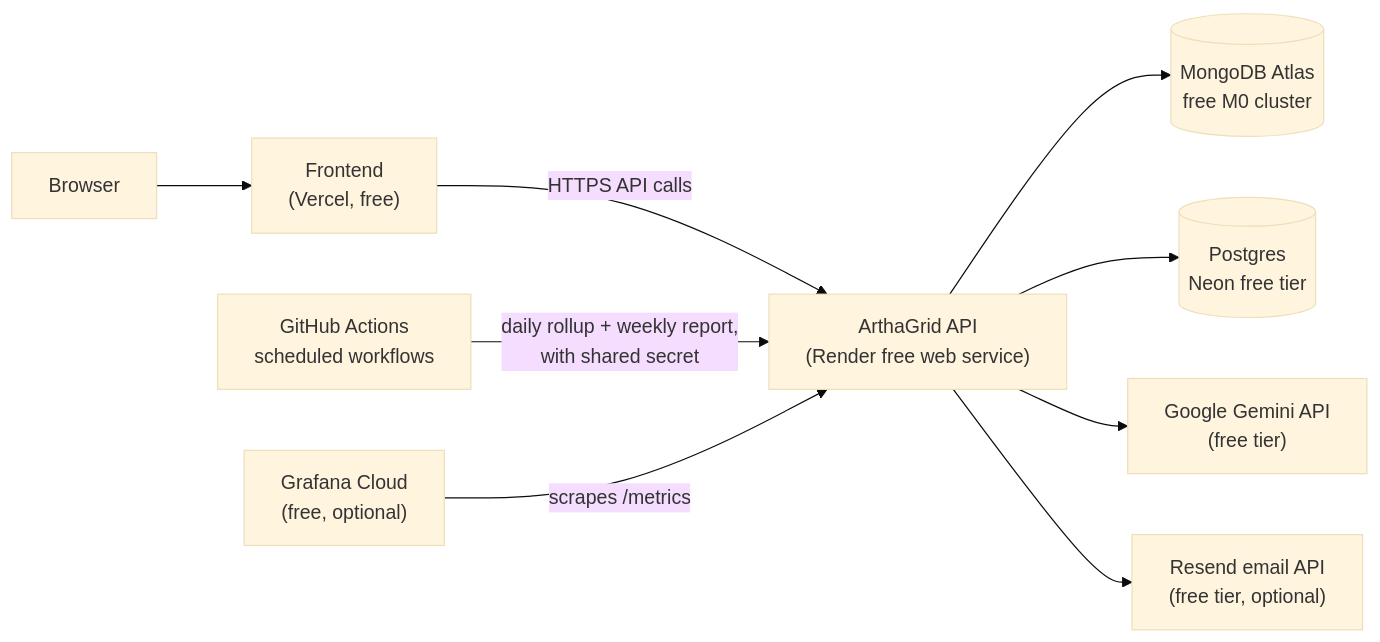
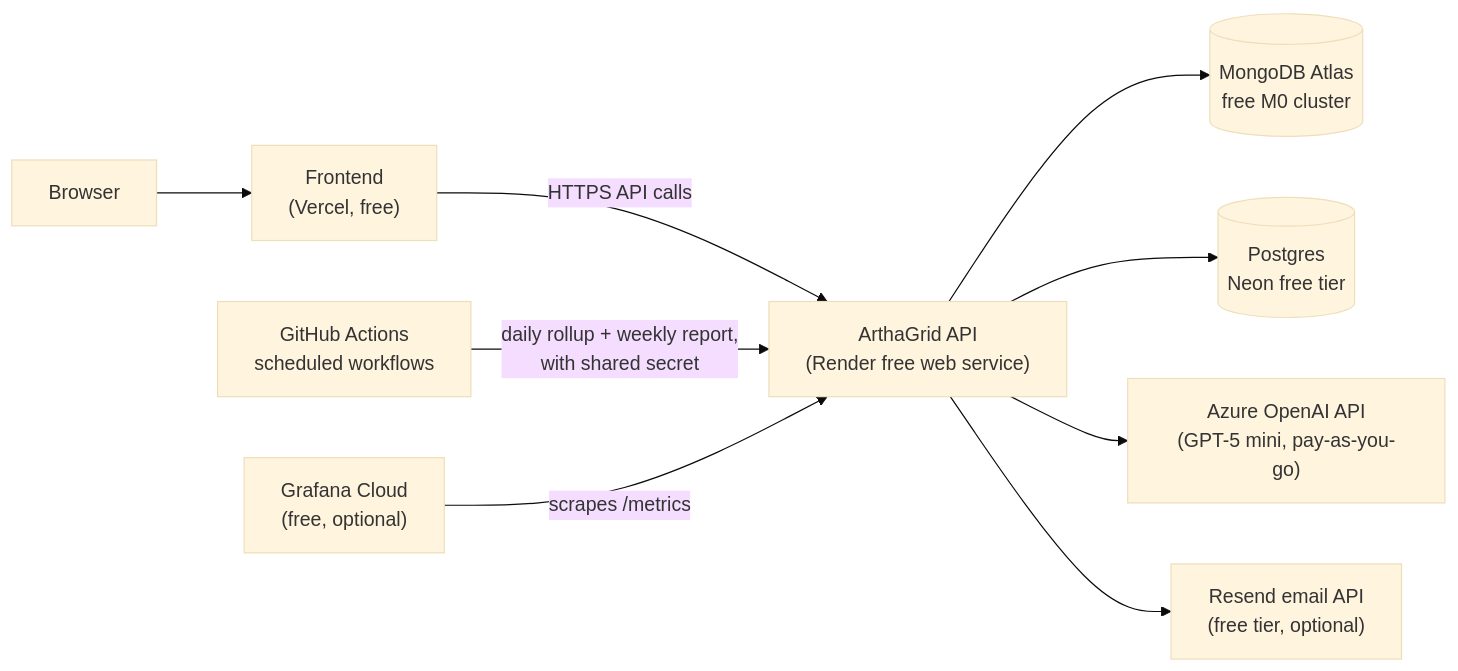
The eighth of 8 diagrams in docs/architecture.md (Tanmay268/ArthaGrid), drawn with Mermaid (base theme) before and after one commit. The commit also changed other lines of this file and 21 other files, not shown here.

Commit message:
updated: Graphs

````diff
--- a/docs/architecture.md
+++ b/docs/architecture.md
@@ -397,11 +397,11 @@
 ```mermaid
 flowchart LR
     User["Browser"] --> Vercel["Frontend\n(Vercel, free)"]
     Vercel -->|HTTPS API calls| Render["ArthaGrid API\n(Render free web service)"]
     Render --> Atlas[("MongoDB Atlas\nfree M0 cluster")]
     Render --> Neon[("Postgres\nNeon free tier")]
-    Render --> GeminiAPI["Google Gemini API\n(free tier)"]
+    Render --> AzureOpenAIAPI["Azure OpenAI API\n(GPT-5 mini, pay-as-you-go)"]
     Render --> Resend["Resend email API\n(free tier, optional)"]
     GHA["GitHub Actions\nscheduled workflows"] -->|"daily rollup + weekly report,\nwith shared secret"| Render
     Grafana["Grafana Cloud\n(free, optional)"] -->|"scrapes /metrics"| Render
 ```
````
